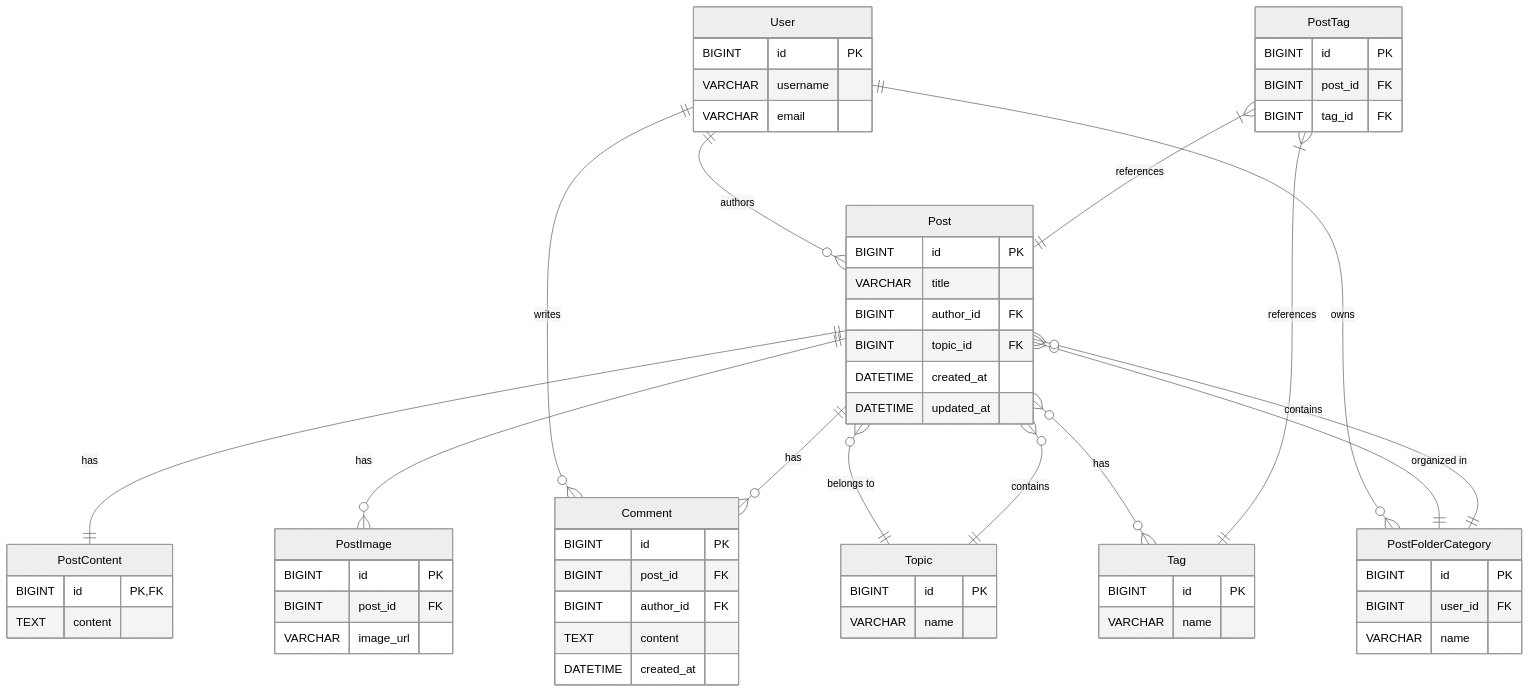
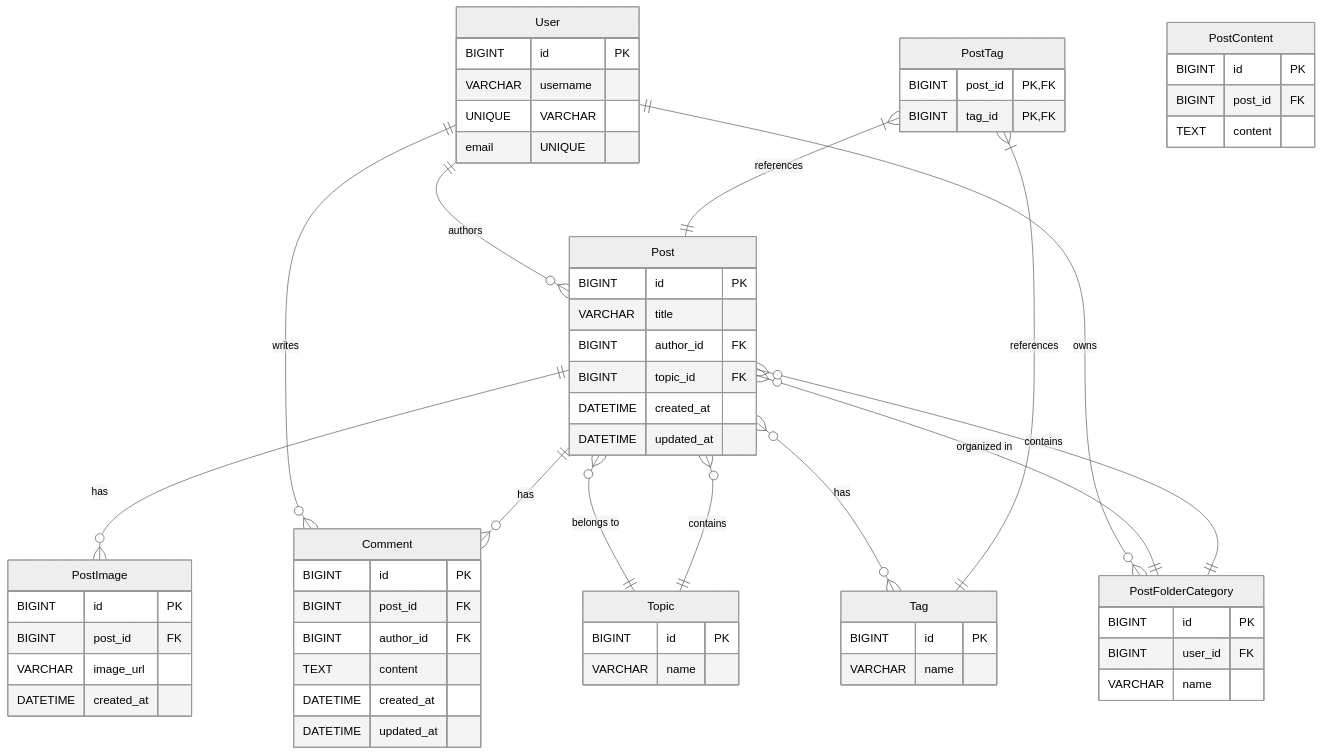
Before and after one commit to kumugu/Bulgogi: the second of 2 diagrams in db.md, drawn with Mermaid (neutral theme).

````diff
--- a/db.md
+++ b/db.md
@@ -143,77 +143,77 @@
 ```mermaid
-
 erDiagram
     User ||--o{ Post : "authors"
     User ||--o{ Comment : "writes"
     User ||--o{ PostFolderCategory : "owns"
-    
-    Post ||--|| PostContent : "has"
+
     Post ||--o{ PostImage : "has"
     Post ||--o{ Comment : "has"
     Post }o--|| Topic : "belongs to"
     Post }o--o{ Tag : "has"
     Post }o--|| PostFolderCategory : "organized in"
-    
+
     PostTag }|--|| Post : "references"
     PostTag }|--|| Tag : "references"
-    
+
     Topic ||--o{ Post : "contains"
-    
     PostFolderCategory ||--o{ Post : "contains"
-    
+
     User {
         BIGINT id PK
-        VARCHAR username
-        VARCHAR email
+        VARCHAR username UNIQUE
+        VARCHAR email UNIQUE
     }
-    
+
     Post {
         BIGINT id PK
         VARCHAR title
         BIGINT author_id FK
         BIGINT topic_id FK
         DATETIME created_at
         DATETIME updated_at
     }
-    
+
     PostContent {
-        BIGINT id PK,FK
+        BIGINT id PK
+        BIGINT post_id FK
         TEXT content
     }
-    
+
     PostImage {
         BIGINT id PK
         BIGINT post_id FK
         VARCHAR image_url
+        DATETIME created_at
     }
-    
+
     Comment {
         BIGINT id PK
         BIGINT post_id FK
         BIGINT author_id FK
         TEXT content
         DATETIME created_at
+        DATETIME updated_at
     }
-    
+
     Tag {
         BIGINT id PK
         VARCHAR name
     }
-    
+
     PostTag {
-        BIGINT id PK
-        BIGINT post_id FK
-        BIGINT tag_id FK
+        BIGINT post_id PK, FK
+        BIGINT tag_id PK, FK
     }
-    
+
     Topic {
         BIGINT id PK
         VARCHAR name
     }
-    
+
     PostFolderCategory {
         BIGINT id PK
         BIGINT user_id FK
         VARCHAR name
     }
+
 ```
````
